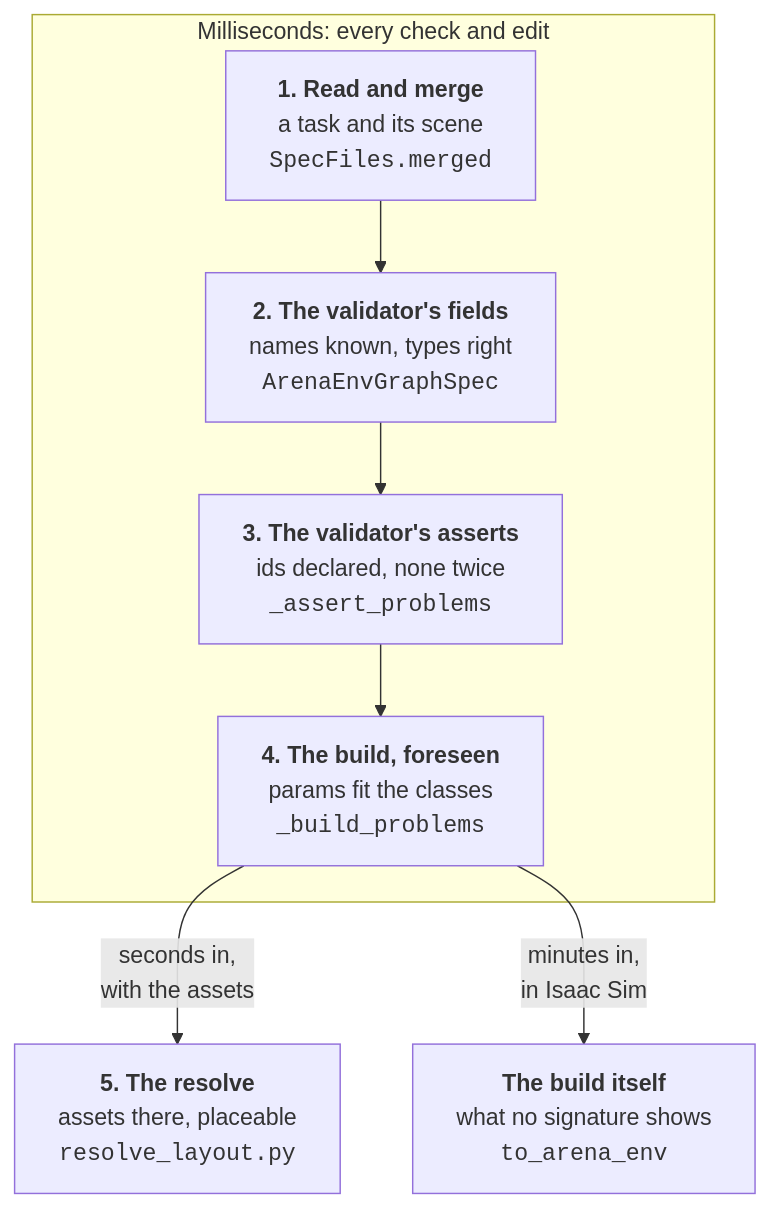
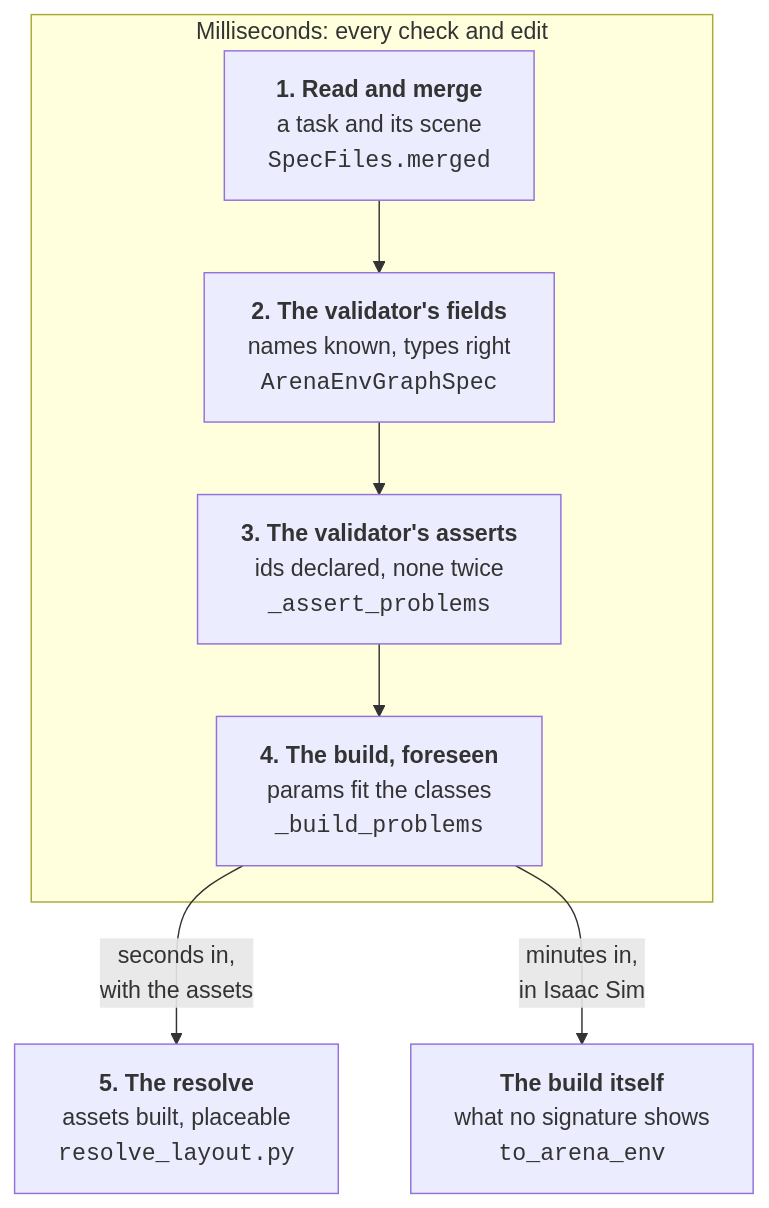
Before and after one commit to art-e-fact/arena-composer: the diagram in docs/errors.md, drawn with Mermaid. The commit also changed other lines of this file and 3 other files, not shown here.

First line of the commit message:
Say where a misspelt object or background param fails: in the resolve, seconds in

````diff
--- a/docs/errors.md
+++ b/docs/errors.md
@@ -13,19 +13,19 @@
 ```mermaid
 flowchart TB
     accTitle: Where a wrong spec fails, and how soon it shows
-    accDescr: A spec passes five gates in turn. It is read and merged with the scene it includes, Arena's validator checks its fields and then its asserts, the build constructs each entry, and the resolve places the objects by their assets. spec_edit.check, and every edit before it writes, run the first four in milliseconds, foreseeing the build from the signatures of the classes Arena will construct. The resolve needs the assets, so it comes seconds in. Isaac Sim's own build comes minutes in, and finds what no signature shows.
+    accDescr: A spec passes five gates in turn. It is read and merged with the scene it includes, Arena's validator checks its fields and then its asserts, the build constructs each entry, and the resolve constructs the assets and places the objects by them. spec_edit.check, and every edit before it writes, run the first four in milliseconds, foreseeing the build from the signatures of the classes Arena will construct. The resolve needs the assets, so it comes seconds in, and stops on a param an asset does not take, which no signature showed. Isaac Sim's own build comes minutes in, and finds what no signature shows.
 
     subgraph instant ["Milliseconds: every check and edit"]
         read["<b>1. Read and merge</b><br>a task and its scene<br><code>SpecFiles.merged</code>"]
         fields["<b>2. The validator's fields</b><br>names known, types right<br><code>ArenaEnvGraphSpec</code>"]
         asserts["<b>3. The validator's asserts</b><br>ids declared, none twice<br><code>_assert_problems</code>"]
         build["<b>4. The build, foreseen</b><br>params fit the classes<br><code>_build_problems</code>"]
         read --> fields --> asserts --> build
     end
 
-    resolve["<b>5. The resolve</b><br>assets there, placeable<br><code>resolve_layout.py</code>"]
+    resolve["<b>5. The resolve</b><br>assets built, placeable<br><code>resolve_layout.py</code>"]
     built["<b>The build itself</b><br>what no signature shows<br><code>to_arena_env</code>"]
 
     build -- "seconds in,<br>with the assets" --> resolve
     build -- "minutes in,<br>in Isaac Sim" --> built
 ```
````
